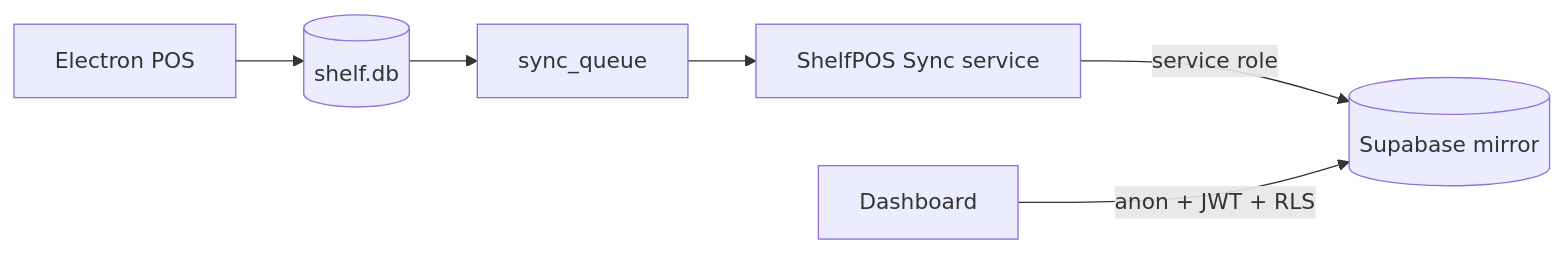
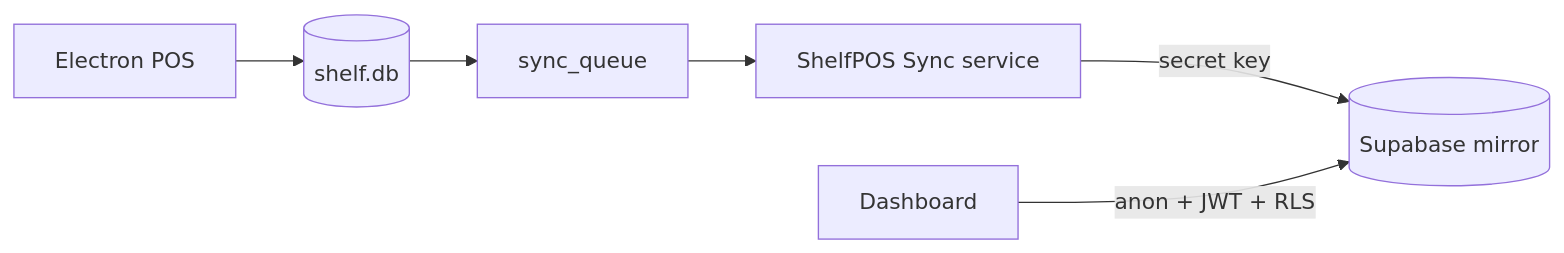
The diagram in docs/wiki/Home.md (FortakenJay/ShelfPOS), drawn with Mermaid before and after one commit. The commit also changed other lines of this file and 107 other files, not shown here.

````diff
--- a/docs/wiki/Home.md
+++ b/docs/wiki/Home.md
@@ -10,8 +10,8 @@
 ```mermaid
 flowchart LR
   POS[Electron POS] --> SQLite[(shelf.db)]
   SQLite --> Queue[sync_queue]
   Queue --> Sync[ShelfPOS Sync service]
-  Sync -->|service role| SB[(Supabase mirror)]
+  Sync -->|secret key| SB[(Supabase mirror)]
   Dash[Dashboard] -->|anon + JWT + RLS| SB
 ```
````
